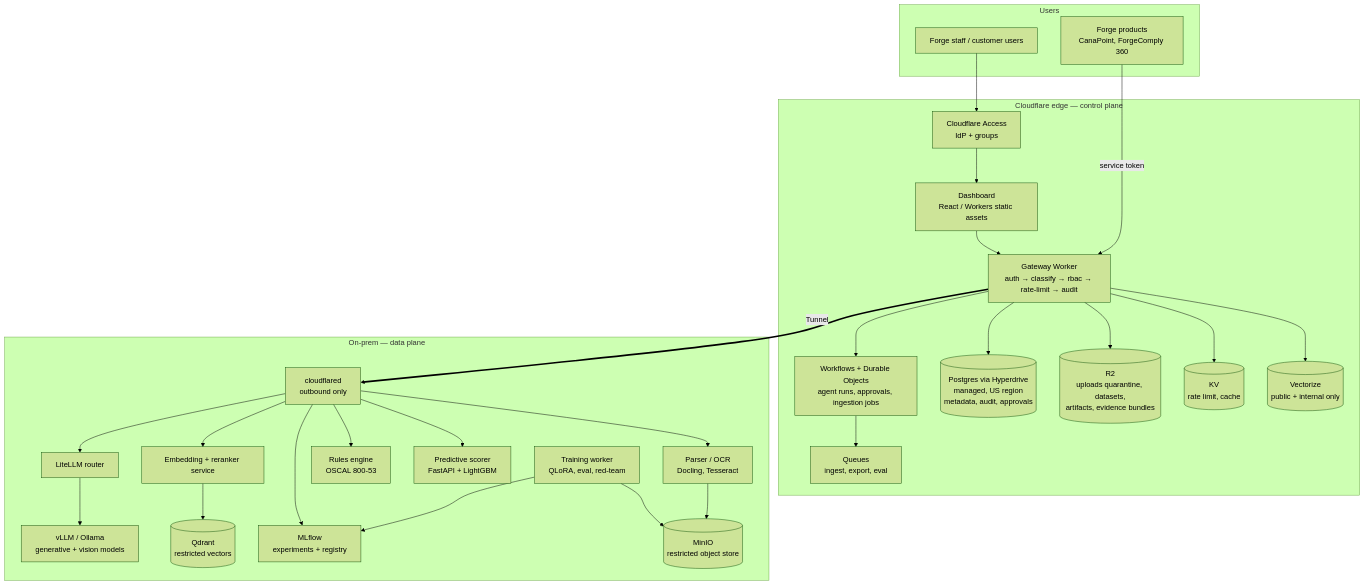
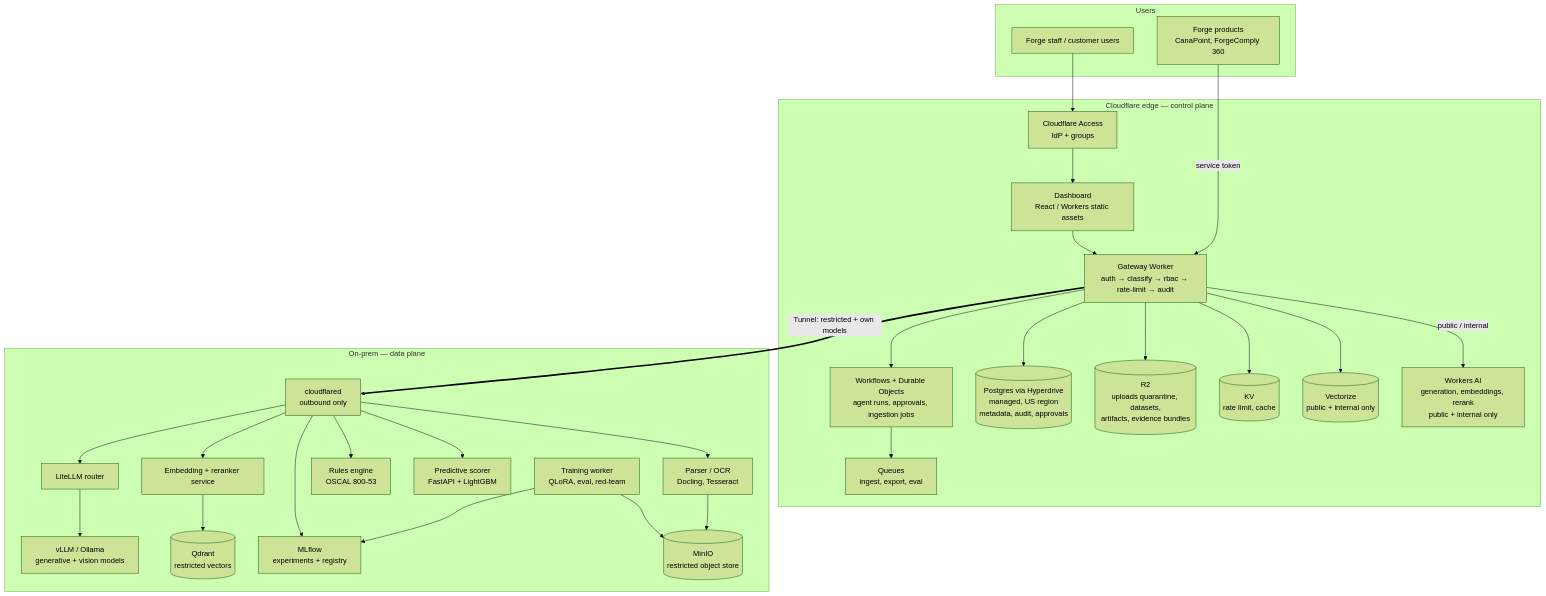
The first of 3 diagrams in docs/blueprint/01-architecture.md (Bjay0727-jay/forge-closedml), drawn with Mermaid (forest theme) before and after one commit. The commit also changed other lines of this file and 7 other files, not shown here.

First line of the commit message:
Blueprint: Workers AI for public/internal inference (ADR-0009)

````diff
--- a/docs/blueprint/01-architecture.md
+++ b/docs/blueprint/01-architecture.md
@@ -15,45 +15,47 @@
 ```mermaid
 flowchart TB
   subgraph Users
     U[Forge staff / customer users]
     P[Forge products<br/>CanaPoint, ForgeComply 360]
   end
 
   subgraph CF[Cloudflare edge — control plane]
     ACC[Cloudflare Access<br/>IdP + groups]
     DASH[Dashboard<br/>React / Workers static assets]
     GW[Gateway Worker<br/>auth → classify → rbac → rate-limit → audit]
     WF[Workflows + Durable Objects<br/>agent runs, approvals, ingestion jobs]
     Q[Queues<br/>ingest, export, eval]
     PG[(Postgres via Hyperdrive<br/>managed, US region<br/>metadata, audit, approvals)]
     R2[(R2<br/>uploads quarantine, datasets,<br/>artifacts, evidence bundles)]
     KV[(KV<br/>rate limit, cache)]
     VEC[(Vectorize<br/>public + internal only)]
+    WAI[Workers AI<br/>generation, embeddings, rerank<br/>public + internal only]
   end
 
   subgraph OP[On-prem — data plane]
     CFD[cloudflared<br/>outbound only]
     LLM[LiteLLM router]
     VLLM[vLLM / Ollama<br/>generative + vision models]
     EMB[Embedding + reranker service]
     QD[(Qdrant<br/>restricted vectors)]
     PARSE[Parser / OCR<br/>Docling, Tesseract]
     RULES[Rules engine<br/>OSCAL 800-53]
     SCORE[Predictive scorer<br/>FastAPI + LightGBM]
     TRAIN[Training worker<br/>QLoRA, eval, red-team]
     MLF[MLflow<br/>experiments + registry]
     MINIO[(MinIO<br/>restricted object store)]
   end
 
   U --> ACC --> DASH --> GW
   P -->|service token| GW
   GW --> PG & KV & R2 & VEC
+  GW -->|public / internal| WAI
   GW --> WF --> Q
-  GW ==>|Tunnel| CFD
+  GW ==>|Tunnel: restricted + own models| CFD
   CFD --> LLM --> VLLM
   CFD --> EMB & PARSE & RULES & SCORE & MLF
   EMB --> QD
   TRAIN --> MLF
   TRAIN --> MINIO
   PARSE --> MINIO
 ```
````
